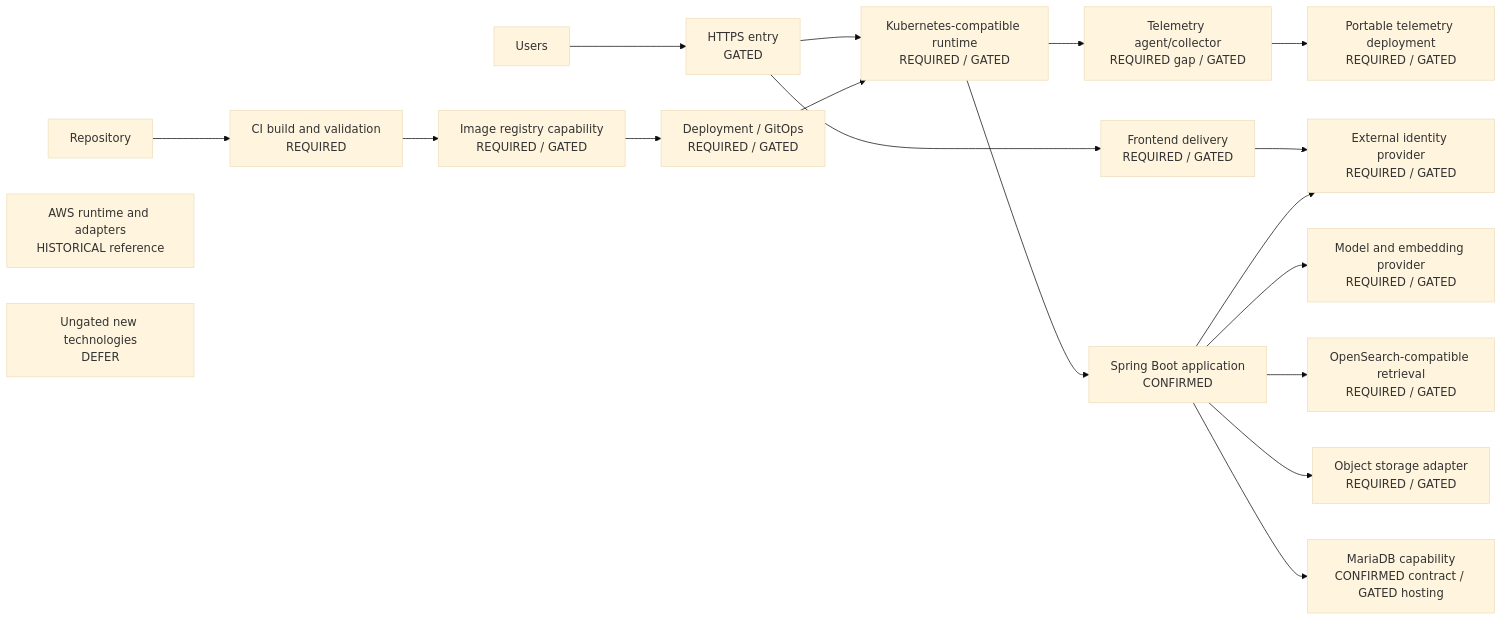
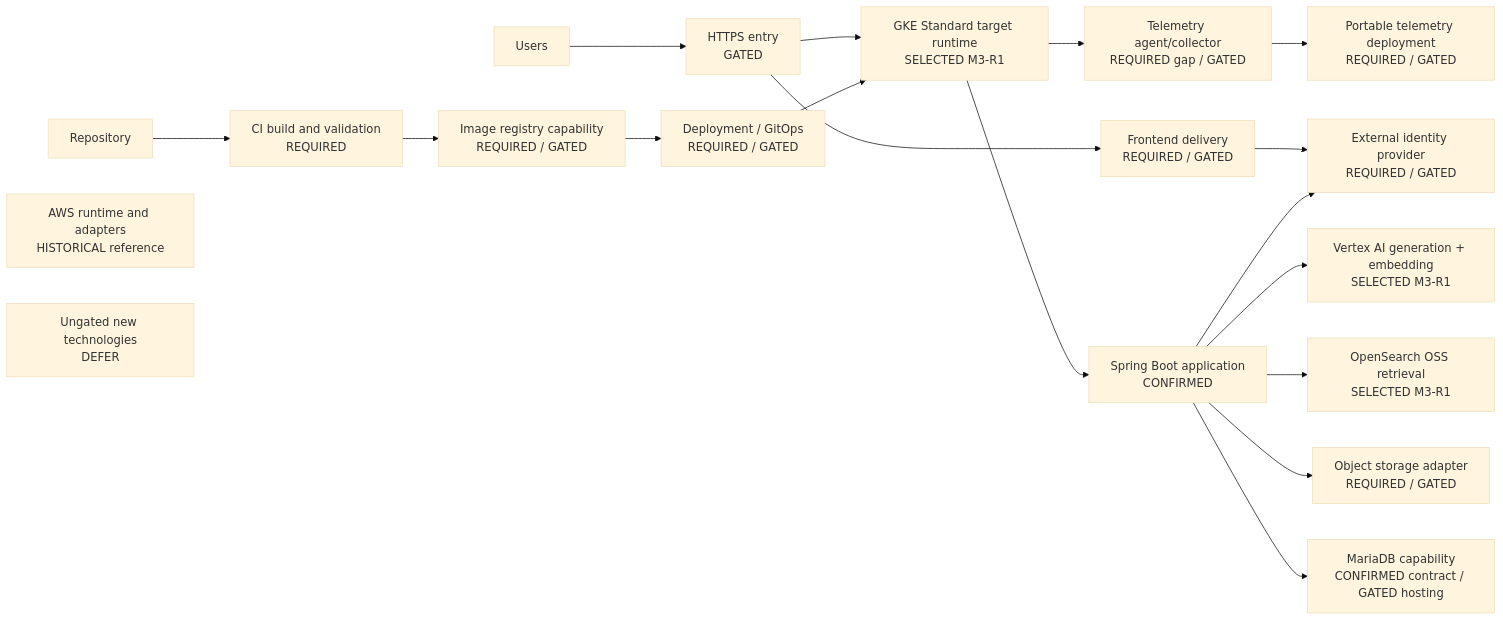
Before and after one commit to siamese-lang/terraformers-platform: the diagram in docs/architecture/deployment-gcp.md, drawn with Mermaid (base theme). The commit also changed other lines of this file and 6 other files, not shown here.

First line of the commit message:
docs: decide M3 target AI RAG runtime (#35)

````diff
--- a/docs/architecture/deployment-gcp.md
+++ b/docs/architecture/deployment-gcp.md
@@ -71,23 +72,23 @@
 ```mermaid
 flowchart LR
     U[Users] --> H[HTTPS entry<br/>GATED]
     H --> F[Frontend delivery<br/>REQUIRED / GATED]
-    H --> K[Kubernetes-compatible runtime<br/>REQUIRED / GATED]
+    H --> K[GKE Standard target runtime<br/>SELECTED M3-R1]
     K --> B[Spring Boot application<br/>CONFIRMED]
     K --> T[Telemetry agent/collector<br/>REQUIRED gap / GATED]
     B --> D[MariaDB capability<br/>CONFIRMED contract / GATED hosting]
     B --> O[Object storage adapter<br/>REQUIRED / GATED]
-    B --> R[OpenSearch-compatible retrieval<br/>REQUIRED / GATED]
+    B --> R[OpenSearch OSS retrieval<br/>SELECTED M3-R1]
     F --> I[External identity provider<br/>REQUIRED / GATED]
     B --> I
-    B --> M[Model and embedding provider<br/>REQUIRED / GATED]
+    B --> M[Vertex AI generation + embedding<br/>SELECTED M3-R1]
     T --> V[Portable telemetry deployment<br/>REQUIRED / GATED]
 
     Repo[Repository] --> CI[CI build and validation<br/>REQUIRED]
     CI --> Reg[Image registry capability<br/>REQUIRED / GATED]
     Reg --> GitOps[Deployment / GitOps<br/>REQUIRED / GATED]
     GitOps --> K
 
     Hist[AWS runtime and adapters<br/>HISTORICAL reference]
     Def[Ungated new technologies<br/>DEFER]
 ```
````
